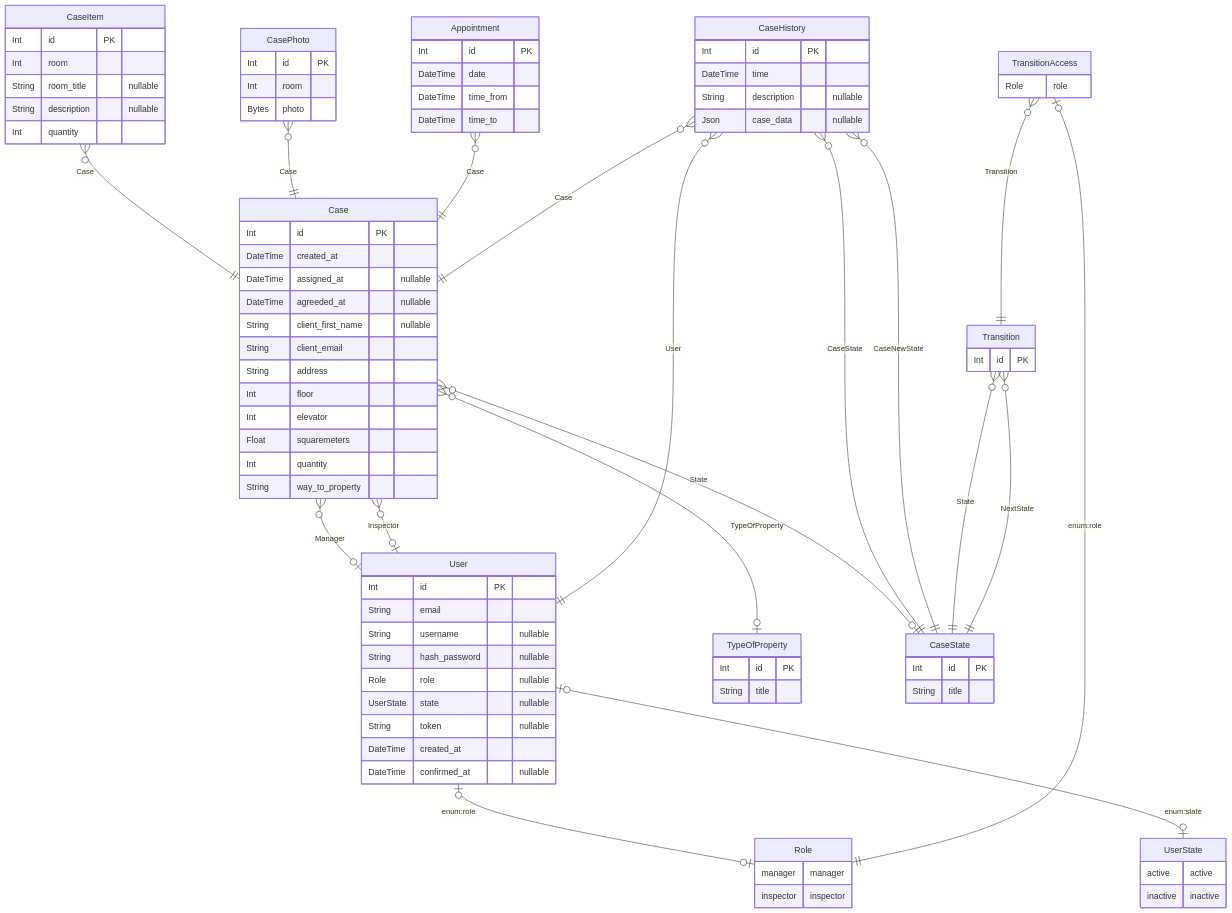
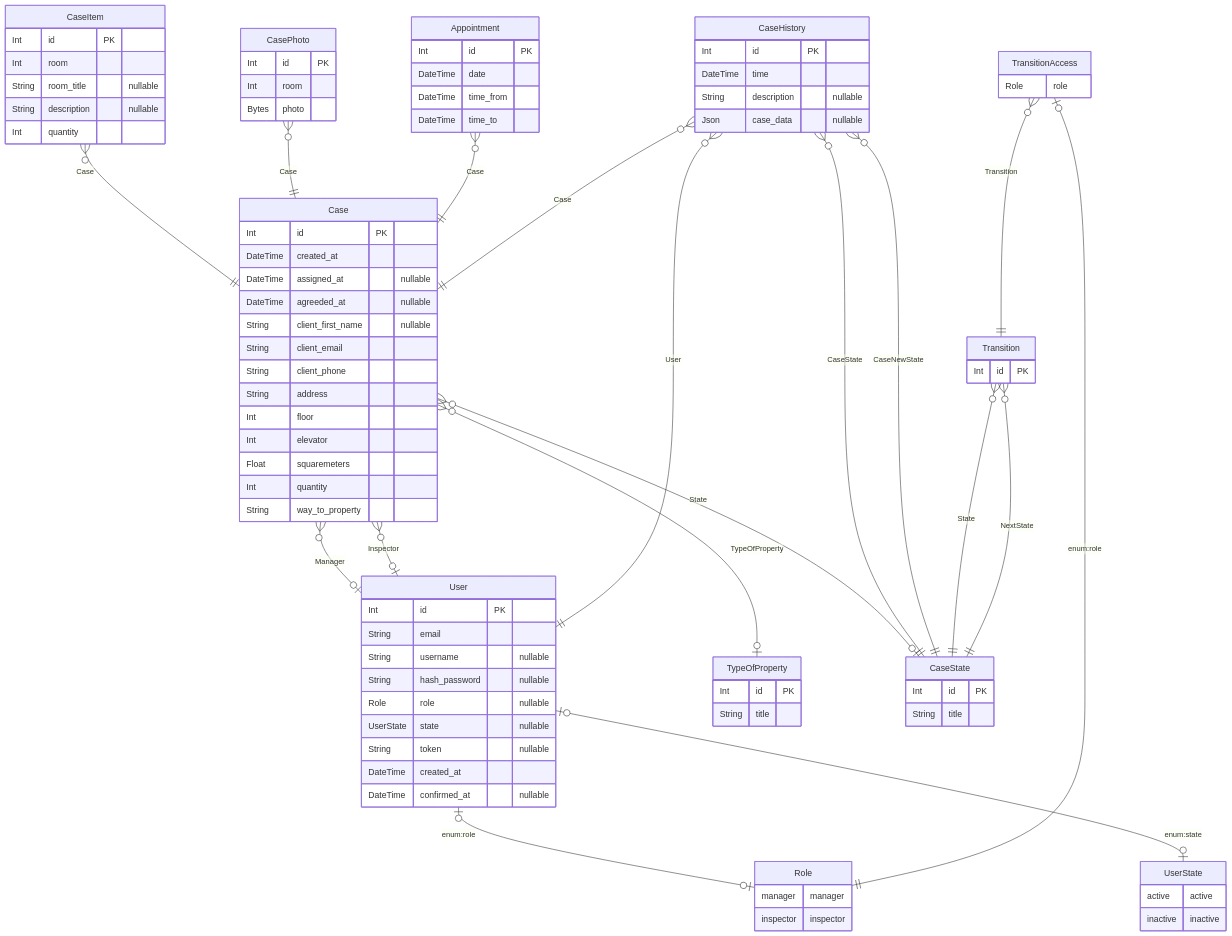
Before and after one commit to arkadiyshin/remondis-backend: the diagram in prisma/ERD.md, drawn with Mermaid. The commit also changed 4 other files, not shown here.

Commit message:
Added client phone in prisma model

```diff
--- a/prisma/ERD.md
+++ b/prisma/ERD.md
@@ -33,6 +33,7 @@
     DateTime agreeded_at  "nullable"
     String client_first_name  "nullable"
     String client_email  
+    String client_phone  
     String address  
     Int floor  
     Int elevator  
```
